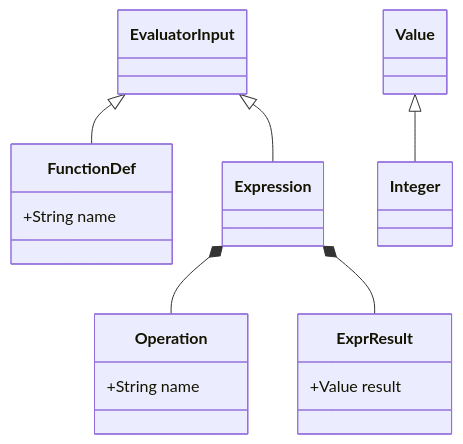
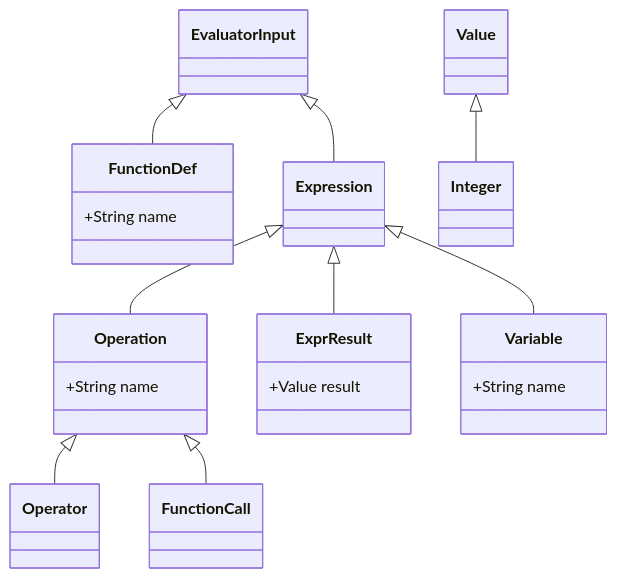
The diagram in src/README.md (rkanagy/PLAIBA-ANTLR-Chapter1), drawn with Mermaid before and after one commit. The commit also changed 9 other files, not shown here.

````diff
--- a/src/README.md
+++ b/src/README.md
@@ -92,18 +92,24 @@
 ```mermaid
 classDiagram
    direction TD
    EvaluatorInput <|-- FunctionDef
    EvaluatorInput <|-- Expression
-   Expression *-- Operation
-   Expression *-- ExprResult
+   Expression <|-- Operation
+   Expression <|-- ExprResult
+   Expression <|-- Variable
+   Operation <|-- Operator
+   Operation <|-- FunctionCall
    Value <|-- Integer
    class FunctionDef {
       +String name
    }
    class Operation {
       +String name
    }
    class ExprResult {
       +Value result
    }
+   class Variable {
+      +String name
+   }
 ```
````
